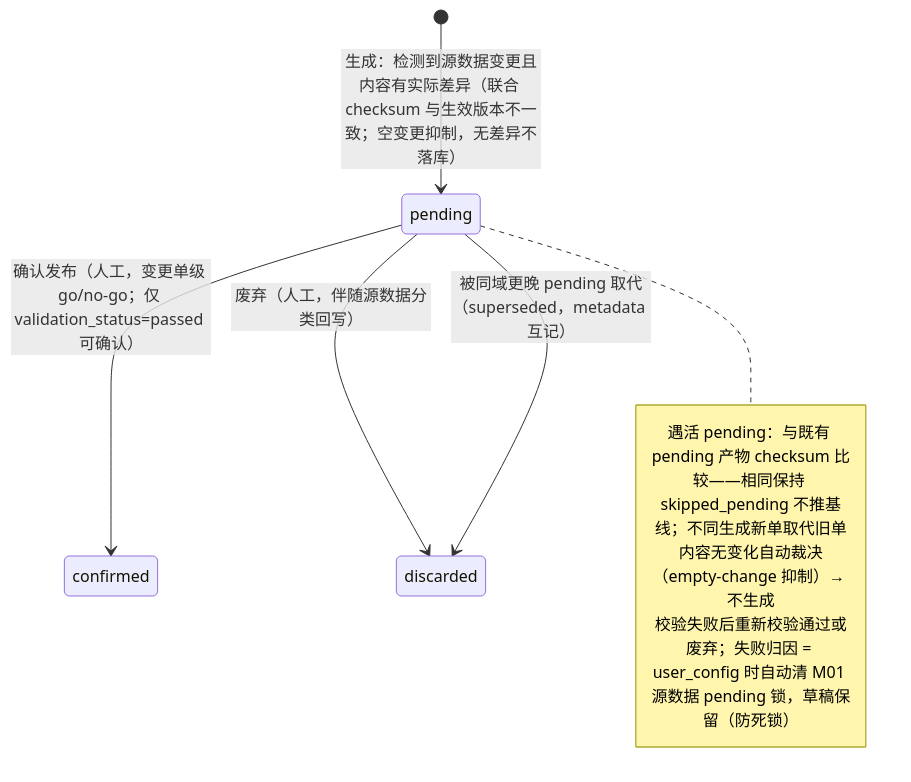
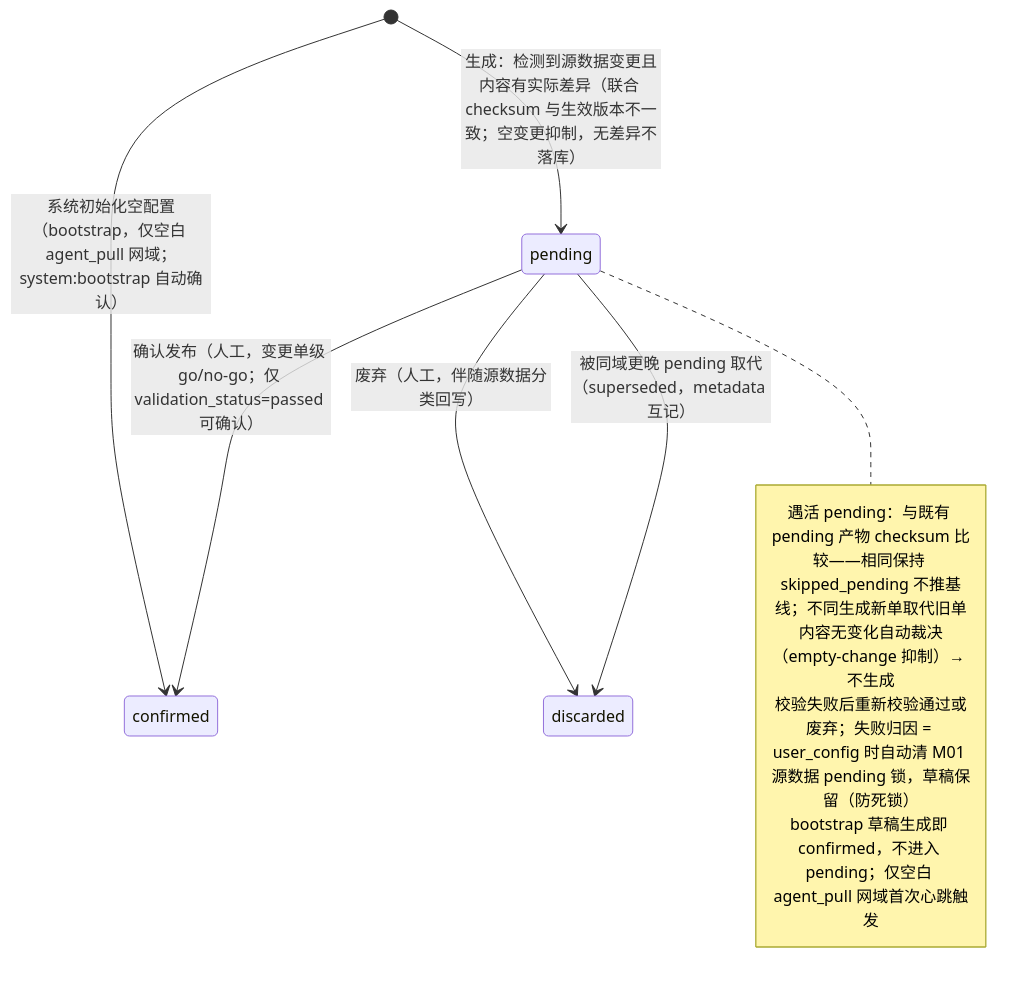
The fourth of 5 diagrams in docs/02-product-requirements/Modules/Module_09_Network_Domain_and_Edge_Config_Center.md (vickiechen1128/CNCF_Monitor), drawn with Mermaid before and after one commit. The commit also changed other lines of this file and 3 other files, not shown here.

````diff
--- a/docs/02-product-requirements/Modules/Module_09_Network_Domain_and_Edge_Config_Center.md
+++ b/docs/02-product-requirements/Modules/Module_09_Network_Domain_and_Edge_Config_Center.md
@@ -863,12 +882,14 @@
 ```mermaid
 stateDiagram-v2
     [*] --> pending: 生成：检测到源数据变更且内容有实际差异（联合 checksum 与生效版本不一致；空变更抑制，无差异不落库）
+    [*] --> confirmed: 系统初始化空配置（bootstrap，仅空白 agent_pull 网域；system:bootstrap 自动确认）
     pending --> confirmed: 确认发布（人工，变更单级 go/no-go；仅 validation_status=passed 可确认）
     pending --> discarded: 废弃（人工，伴随源数据分类回写）
     pending --> discarded: 被同域更晚 pending 取代（superseded，metadata 互记）
     note right of pending
       遇活 pending：与既有 pending 产物 checksum 比较——相同保持 skipped_pending 不推基线；不同生成新单取代旧单
       内容无变化自动裁决（empty-change 抑制）→ 不生成
       校验失败后重新校验通过或废弃；失败归因 = user_config 时自动清 M01 源数据 pending 锁，草稿保留（防死锁）
+      bootstrap 草稿生成即 confirmed，不进入 pending；仅空白 agent_pull 网域首次心跳触发
     end note
 ```
````
